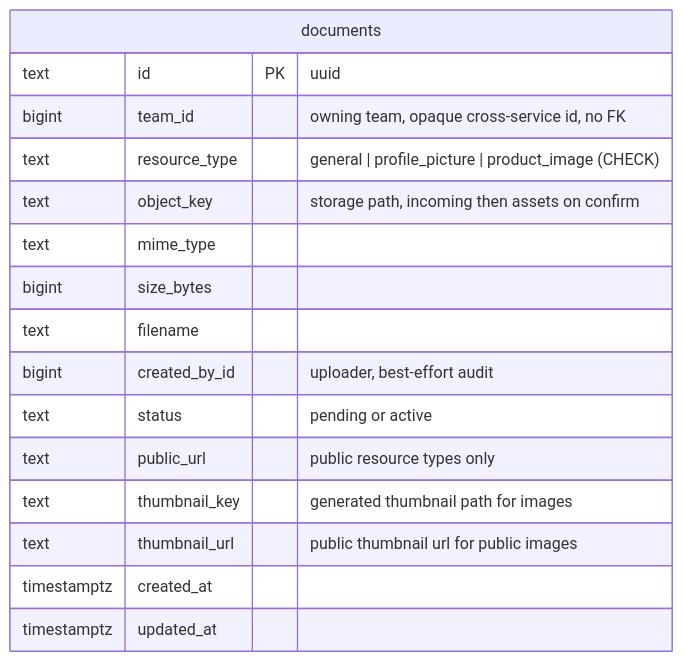
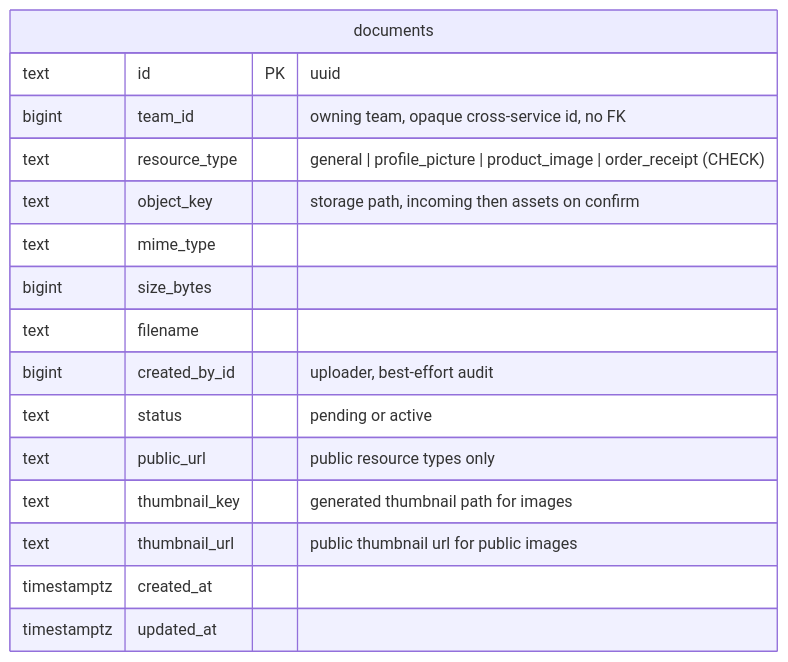
Before and after one commit to pdcgo/warehouse_revamp: the seventh of 13 diagrams in docs/database-schema.md, drawn with Mermaid. The commit also changed other lines of this file and 168 other files, not shown here.

````diff
--- a/docs/database-schema.md
+++ b/docs/database-schema.md
@@ -457,19 +494,19 @@
 ```mermaid
 erDiagram
     documents {
         text        id            PK "uuid"
         bigint      team_id       "owning team, opaque cross-service id, no FK"
-        text        resource_type "general | profile_picture | product_image (CHECK)"
+        text        resource_type "general | profile_picture | product_image | order_receipt (CHECK)"
         text        object_key    "storage path, incoming then assets on confirm"
         text        mime_type
         bigint      size_bytes
         text        filename
         bigint      created_by_id "uploader, best-effort audit"
         text        status        "pending or active"
         text        public_url    "public resource types only"
         text        thumbnail_key "generated thumbnail path for images"
         text        thumbnail_url "public thumbnail url for public images"
         timestamptz created_at
         timestamptz updated_at
     }
 ```
````
